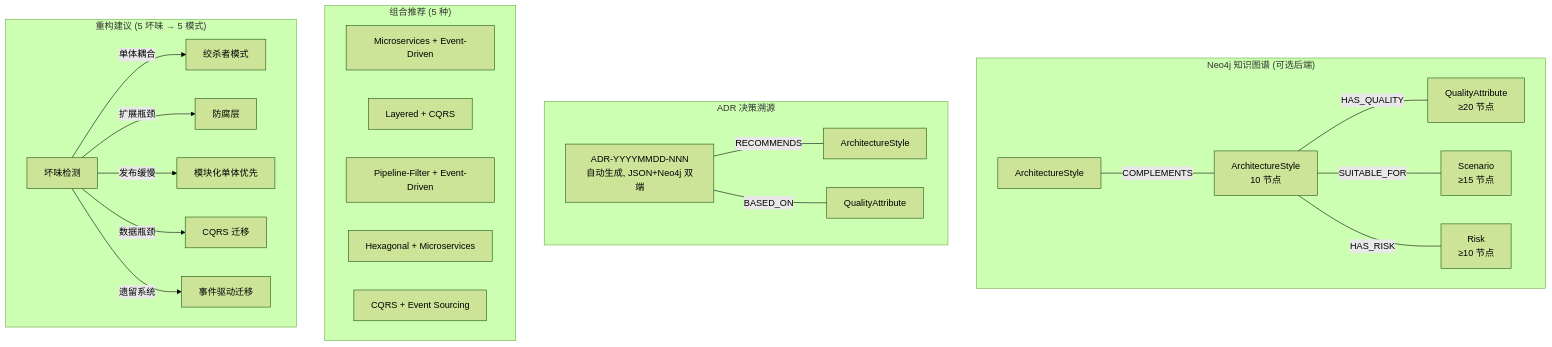
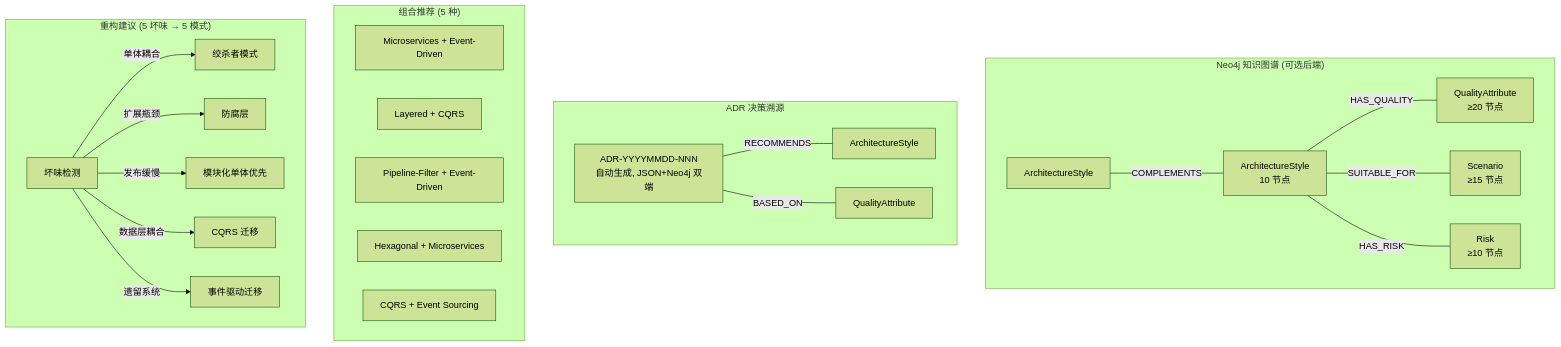
Before and after one commit to zbhzbhzbh11/architecture-assistant: the fifth of 8 diagrams in docs/defense/02-15分钟架构设计专题讲稿.md, drawn with Mermaid (forest theme). The commit also changed other lines of this file and 23 other files, not shown here.

First line of the commit message:
fix: GraphRepository.add_feedback now writes JSON weights + demo script

````diff
--- a/docs/defense/02-15分钟架构设计专题讲稿.md
+++ b/docs/defense/02-15分钟架构设计专题讲稿.md
@@ -547,31 +547,31 @@
 ```mermaid
 graph TB
     subgraph "Neo4j 知识图谱 (可选后端)"
         AS1["ArchitectureStyle<br/>10 节点"] ---|HAS_QUALITY| QA["QualityAttribute<br/>≥20 节点"]
         AS1 ---|SUITABLE_FOR| SC["Scenario<br/>≥15 节点"]
         AS1 ---|HAS_RISK| RK["Risk<br/>≥10 节点"]
         AS2["ArchitectureStyle"] ---|COMPLEMENTS| AS1
     end
 
     subgraph "ADR 决策溯源"
         ADR["ADR-YYYYMMDD-NNN<br/>自动生成, JSON+Neo4j 双端"] ---|RECOMMENDS| AS3["ArchitectureStyle"]
         ADR ---|BASED_ON| QA2["QualityAttribute"]
     end
 
     subgraph "组合推荐 (5 种)"
         CB1["Microservices + Event-Driven"]
         CB2["Layered + CQRS"]
         CB3["Pipeline-Filter + Event-Driven"]
         CB4["Hexagonal + Microservices"]
         CB5["CQRS + Event Sourcing"]
     end
 
     subgraph "重构建议 (5 坏味 → 5 模式)"
         SM["坏味检测"]
         SM -->|单体耦合| P1["绞杀者模式"]
         SM -->|扩展瓶颈| P2["防腐层"]
         SM -->|发布缓慢| P3["模块化单体优先"]
-        SM -->|数据瓶颈| P4["CQRS 迁移"]
+        SM -->|数据层耦合| P4["CQRS 迁移"]
         SM -->|遗留系统| P5["事件驱动迁移"]
     end
 ```
````
